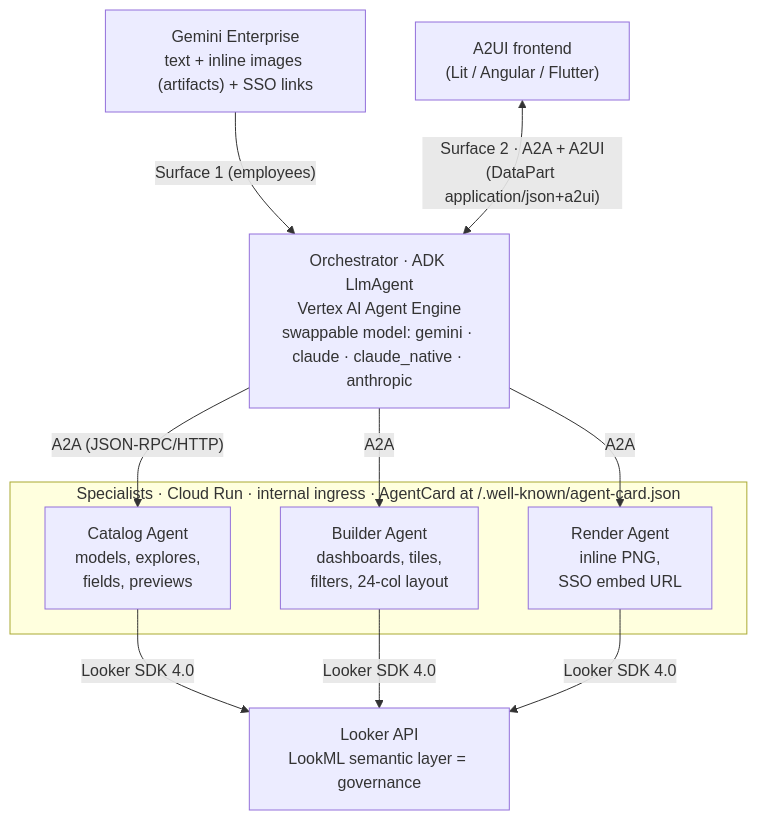
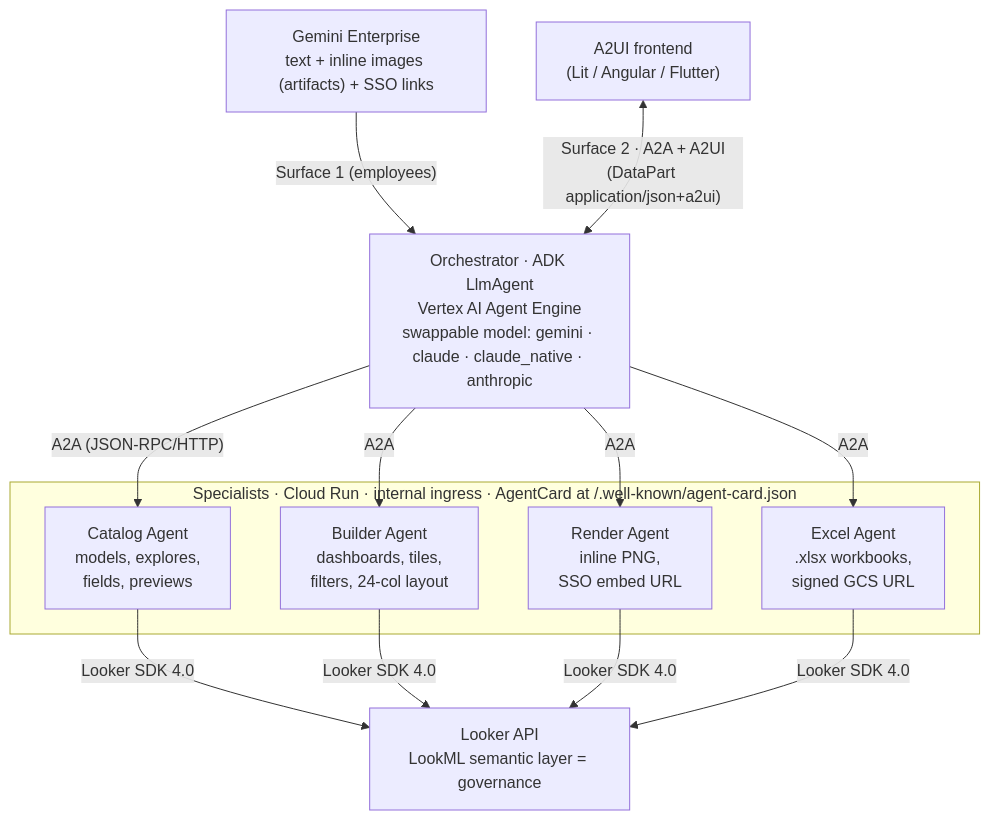
The first of 2 diagrams in README.en.md (joseimj/bi-selfservice-agents), drawn with Mermaid before and after one commit. The commit also changed other lines of this file and 20 other files, not shown here.

````diff
--- a/README.en.md
+++ b/README.en.md
@@ -35,24 +35,27 @@
 ```mermaid
 flowchart TB
     GE["Gemini Enterprise<br/>text + inline images (artifacts) + SSO links"]
     FE["A2UI frontend<br/>(Lit / Angular / Flutter)"]
     ORQ["Orchestrator · ADK LlmAgent<br/>Vertex AI Agent Engine<br/>swappable model: gemini · claude · claude_native · anthropic"]
 
     GE -- "Surface 1 (employees)" --> ORQ
     FE <-->|"Surface 2 · A2A + A2UI<br/>(DataPart application/json+a2ui)"| ORQ
 
     subgraph ESP["Specialists · Cloud Run · internal ingress · AgentCard at /.well-known/agent-card.json"]
         CAT["Catalog Agent<br/>models, explores,<br/>fields, previews"]
         BLD["Builder Agent<br/>dashboards, tiles,<br/>filters, 24-col layout"]
         RND["Render Agent<br/>inline PNG,<br/>SSO embed URL"]
+        XLS["Excel Agent<br/>.xlsx workbooks,<br/>signed GCS URL"]
     end
 
     ORQ -- "A2A (JSON-RPC/HTTP)" --> CAT
     ORQ -- "A2A" --> BLD
     ORQ -- "A2A" --> RND
+    ORQ -- "A2A" --> XLS
 
     LKR["Looker API<br/>LookML semantic layer = governance"]
     CAT -- "Looker SDK 4.0" --> LKR
     BLD -- "Looker SDK 4.0" --> LKR
     RND -- "Looker SDK 4.0" --> LKR
+    XLS -- "Looker SDK 4.0" --> LKR
 ```
````
